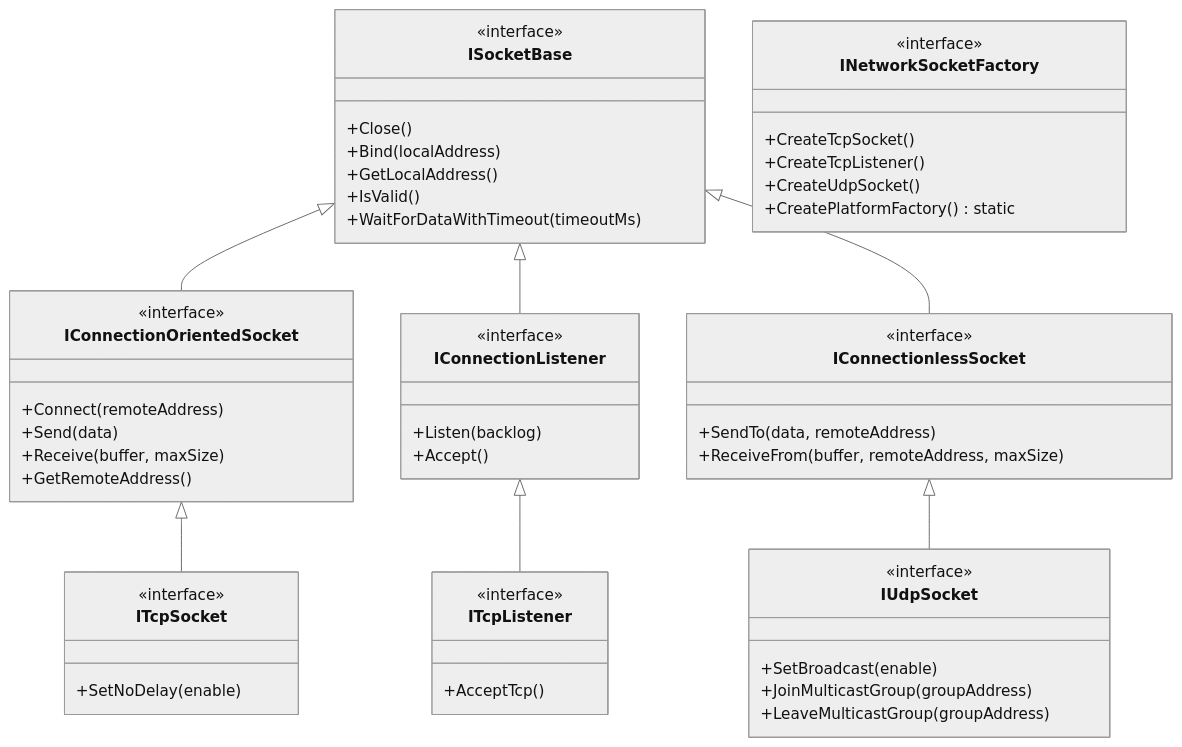
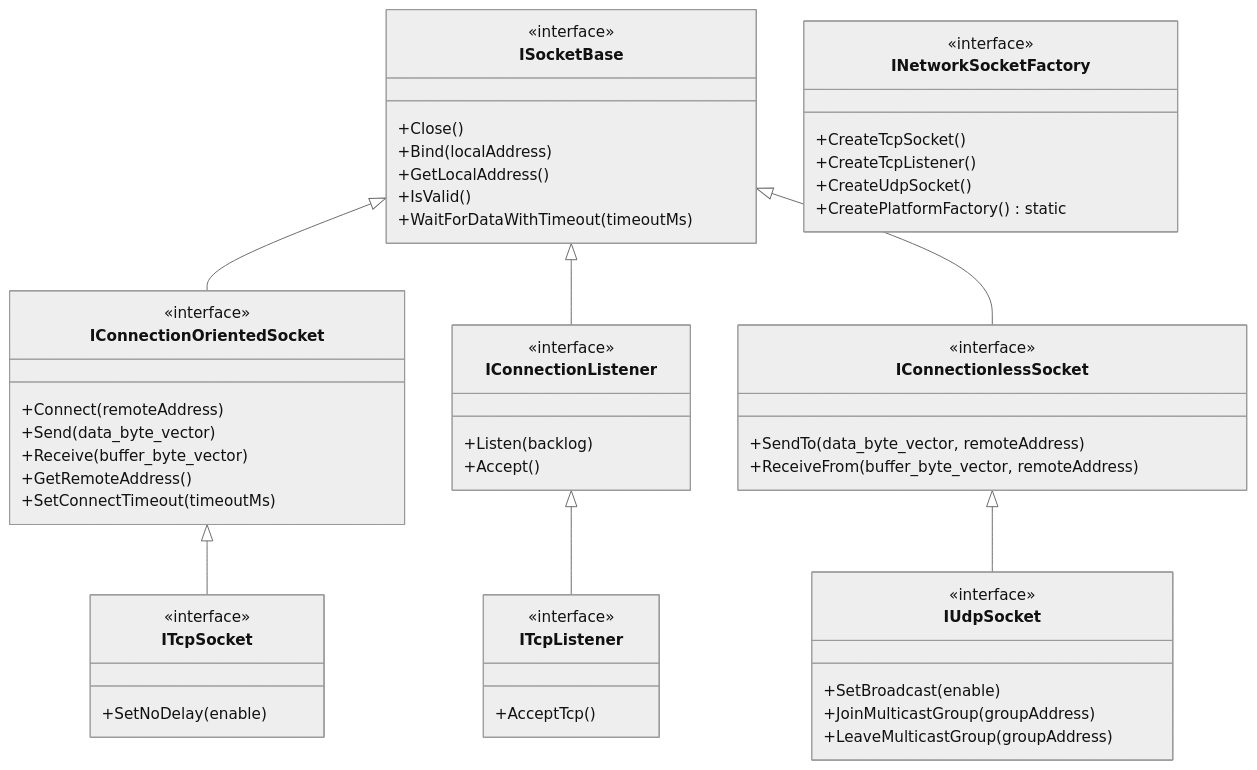
One commit to peczakax/tcp_udp_connection changed the diagram in README.md. Above: the diagram before and after it, drawn with Mermaid (neutral theme). The commit also changed other lines of this file, not shown here.

Commit message:
Update README.md for improved clarity and consistency; enhance build and test instructions, and update data type usage in examples

````diff
--- a/README.md
+++ b/README.md
@@ -389,64 +443,65 @@
 ```mermaid
 classDiagram
     class ISocketBase {
         <<interface>>
         +Close()
         +Bind(localAddress)
         +GetLocalAddress()
         +IsValid()
         +WaitForDataWithTimeout(timeoutMs)
     }
 
     class IConnectionOrientedSocket {
         <<interface>>
         +Connect(remoteAddress)
-        +Send(data)
-        +Receive(buffer, maxSize)
+        +Send(data_byte_vector)
+        +Receive(buffer_byte_vector)
         +GetRemoteAddress()
+        +SetConnectTimeout(timeoutMs)
     }
 
     class IConnectionListener {
         <<interface>>
         +Listen(backlog)
         +Accept()
     }
 
     class IConnectionlessSocket {
         <<interface>>
-        +SendTo(data, remoteAddress)
-        +ReceiveFrom(buffer, remoteAddress, maxSize)
+        +SendTo(data_byte_vector, remoteAddress)
+        +ReceiveFrom(buffer_byte_vector, remoteAddress)
     }
 
     class ITcpSocket {
         <<interface>>
         +SetNoDelay(enable)
     }
 
     class ITcpListener {
         <<interface>>
         +AcceptTcp()
     }
 
     class IUdpSocket {
         <<interface>>
         +SetBroadcast(enable)
         +JoinMulticastGroup(groupAddress)
         +LeaveMulticastGroup(groupAddress)
     }
 
     class INetworkSocketFactory {
         <<interface>>
         +CreateTcpSocket()
         +CreateTcpListener()
         +CreateUdpSocket()
         +CreatePlatformFactory() static
     }
 
     ISocketBase <|-- IConnectionOrientedSocket
     ISocketBase <|-- IConnectionListener
     ISocketBase <|-- IConnectionlessSocket
 
     IConnectionOrientedSocket <|-- ITcpSocket
     IConnectionListener <|-- ITcpListener
     IConnectionlessSocket <|-- IUdpSocket
 ```
````
